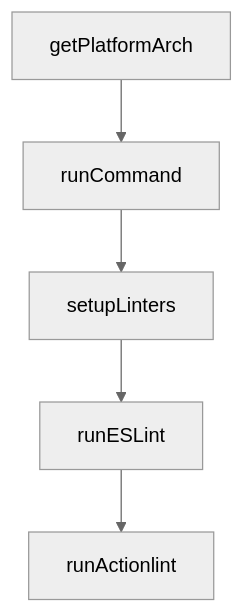
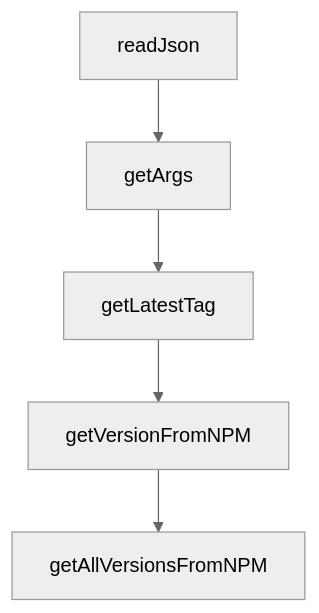
Before and after one commit to johnxie/awesome-code-docs: the diagram in tutorials/gemini-cli-tutorial/01-getting-started.md, drawn with Mermaid (neutral theme). The commit also changed other lines of this file and 1232 other files, not shown here.

````diff
--- a/tutorials/gemini-cli-tutorial/01-getting-started.md
+++ b/tutorials/gemini-cli-tutorial/01-getting-started.md
@@ -247,12 +245,12 @@
 ```mermaid
 flowchart TD
-    A[getPlatformArch]
-    B[runCommand]
-    C[setupLinters]
-    D[runESLint]
-    E[runActionlint]
+    A[readJson]
+    B[getArgs]
+    C[getLatestTag]
+    D[getVersionFromNPM]
+    E[getAllVersionsFromNPM]
     A --> B
     B --> C
     C --> D
     D --> E
 ```
````
